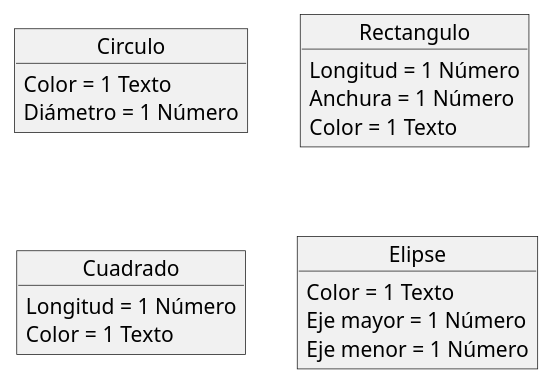
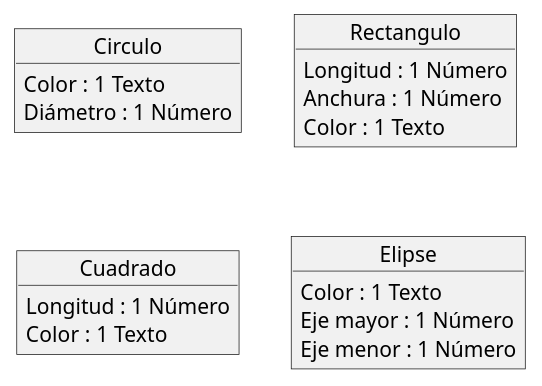
The diagram in Ejercicio5.plantuml (ElenaMegia/UMLs), drawn with PlantUML before and after one commit. The commit also changed 8 other files, not shown here.

```diff
--- a/Ejercicio5.plantuml
+++ b/Ejercicio5.plantuml
@@ -1,24 +1,24 @@
 @startuml
 
 object Circulo
 object Rectangulo
 object Cuadrado
 object Elipse
 
-Circulo : Color = 1 Texto
-Circulo : Diámetro = 1 Número
+Circulo : Color : 1 Texto
+Circulo : Diámetro : 1 Número
 
 
-Rectangulo : Longitud = 1 Número
-Rectangulo : Anchura = 1 Número
-Rectangulo : Color = 1 Texto
+Rectangulo : Longitud : 1 Número
+Rectangulo : Anchura : 1 Número
+Rectangulo : Color : 1 Texto
 
-Cuadrado : Longitud = 1 Número
-Cuadrado : Color = 1 Texto
+Cuadrado : Longitud : 1 Número
+Cuadrado : Color : 1 Texto
 
-Elipse : Color = 1 Texto
-Elipse : Eje mayor = 1 Número
-Elipse : Eje menor = 1 Número
+Elipse : Color : 1 Texto
+Elipse : Eje mayor : 1 Número
+Elipse : Eje menor : 1 Número
 
 
 @enduml
```
